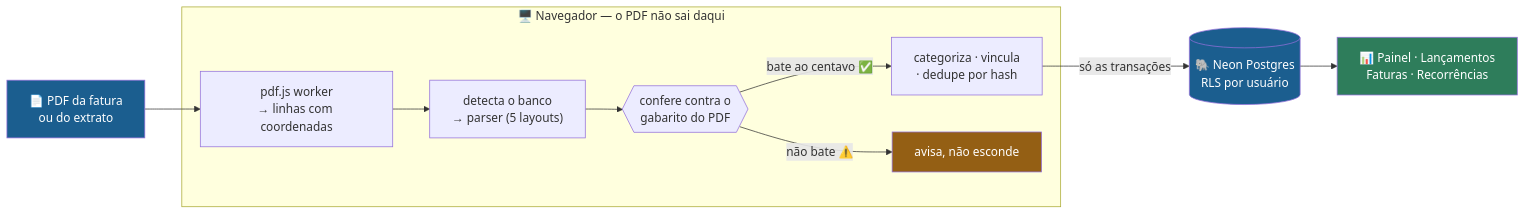
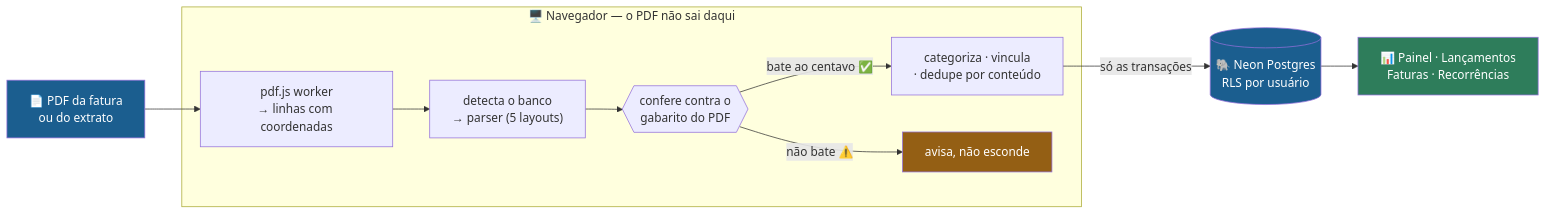
One commit to cielioqueiroz/controle-financeiro changed the first of 4 diagrams in README.md. Above: the diagram before and after it, drawn with Mermaid. The commit also changed other lines of this file and 11 other files, not shown here.

````diff
--- a/README.md
+++ b/README.md
@@ -97,25 +98,25 @@
 ```mermaid
 flowchart LR
     PDF["📄 PDF da fatura<br/>ou do extrato"]
 
     subgraph NAV ["🖥️ Navegador — o PDF não sai daqui"]
         W["pdf.js worker<br/>→ linhas com coordenadas"]
         P["detecta o banco<br/>→ parser (5 layouts)"]
         V{{"confere contra o<br/>gabarito do PDF"}}
-        C["categoriza · vincula<br/>· dedupe por hash"]
+        C["categoriza · vincula<br/>· dedupe por conteúdo"]
         AV["avisa, não esconde"]
     end
 
     DB[("🐘 Neon Postgres<br/>RLS por usuário")]
     UI["📊 Painel · Lançamentos<br/>Faturas · Recorrências"]
 
     PDF --> W --> P --> V
     V -->|"bate ao centavo ✅"| C
     V -->|"não bate ⚠️"| AV
     C -->|"só as transações"| DB --> UI
 
     style PDF fill:#1b5e8f,color:#fff
     style DB fill:#1b5e8f,color:#fff
     style UI fill:#2e7d5b,color:#fff
     style AV fill:#945f14,color:#fff
 ```
````
